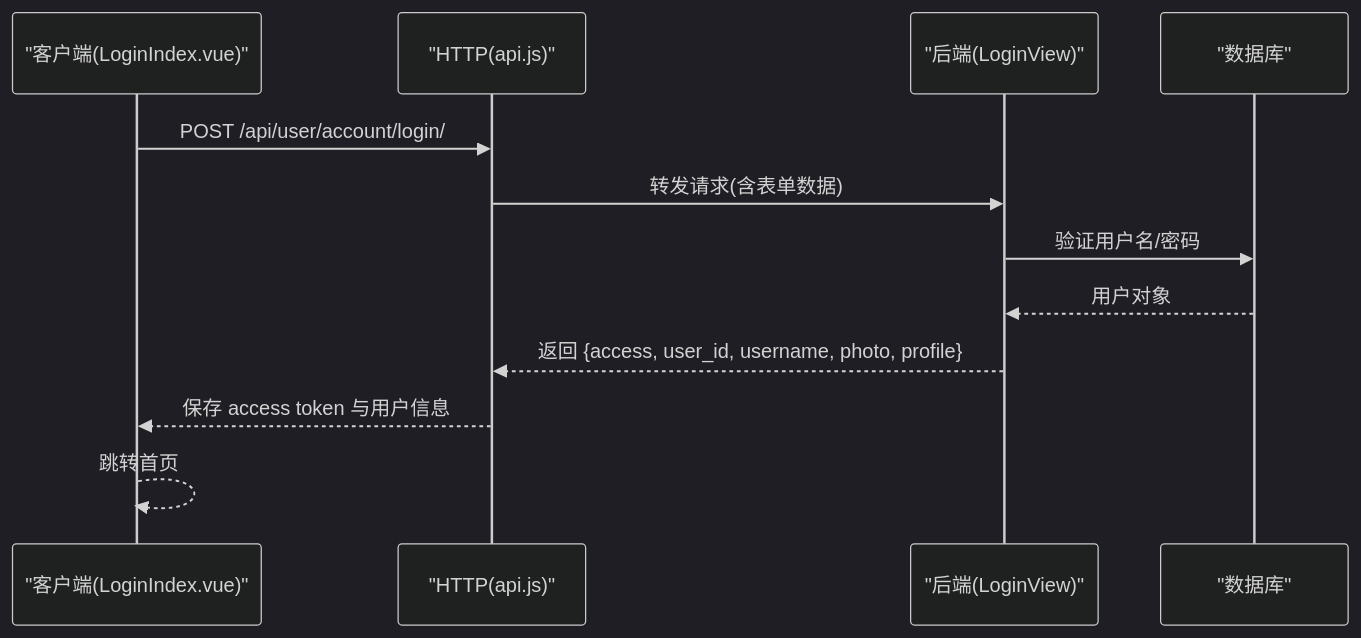
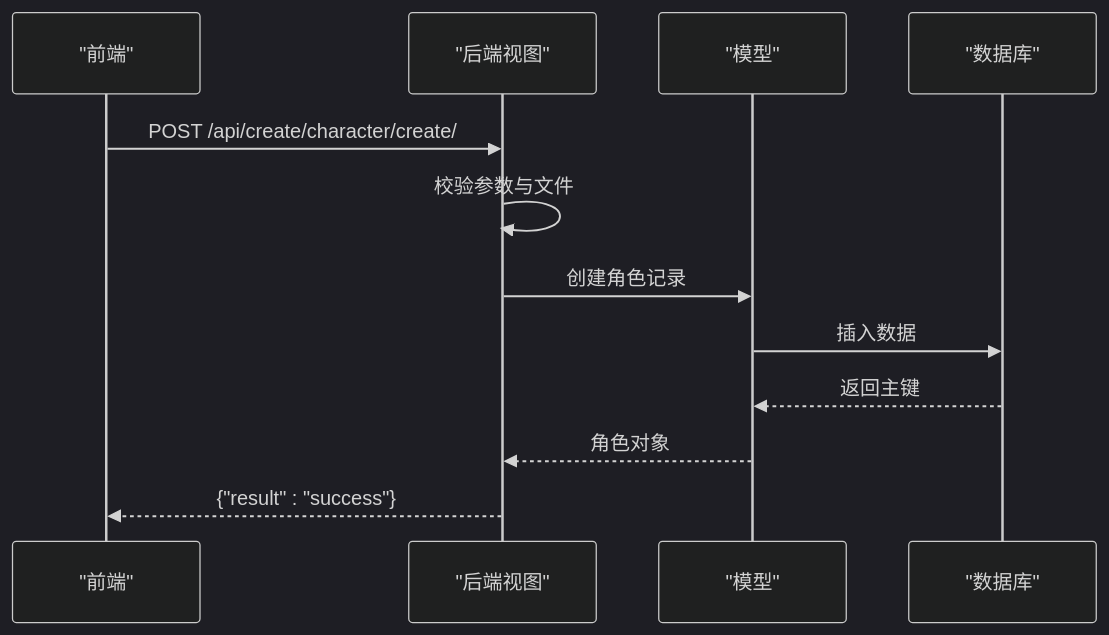
Before and after one commit to Blaipchi/LLM_AIfriends: the fifth of 7 diagrams in .qoder/repowiki/zh/content/项目概述.md, drawn with Mermaid (dark theme). The commit also changed other lines of this file and 89 other files, not shown here.

````diff
--- a/.qoder/repowiki/zh/content/项目概述.md
+++ b/.qoder/repowiki/zh/content/项目概述.md
@@ -185,14 +267,14 @@
 ```mermaid
 sequenceDiagram
-participant C as "客户端(LoginIndex.vue)"
-participant H as "HTTP(api.js)"
-participant B as "后端(LoginView)"
-participant D as "数据库"
-C->>H : POST /api/user/account/login/
-H->>B : 转发请求(含表单数据)
-B->>D : 验证用户名/密码
-D-->>B : 用户对象
-B-->>H : 返回 {access, user_id, username, photo, profile}
-H-->>C : 保存 access token 与用户信息
-C-->>C : 跳转首页
+participant F as "前端"
+participant V as "后端视图"
+participant M as "模型"
+participant DB as "数据库"
+F->>V : POST /api/create/character/create/
+V->>V : 校验参数与文件
+V->>M : 创建角色记录
+M->>DB : 插入数据
+DB-->>M : 返回主键
+M-->>V : 角色对象
+V-->>F : {"result" : "success"}
 ```
````
